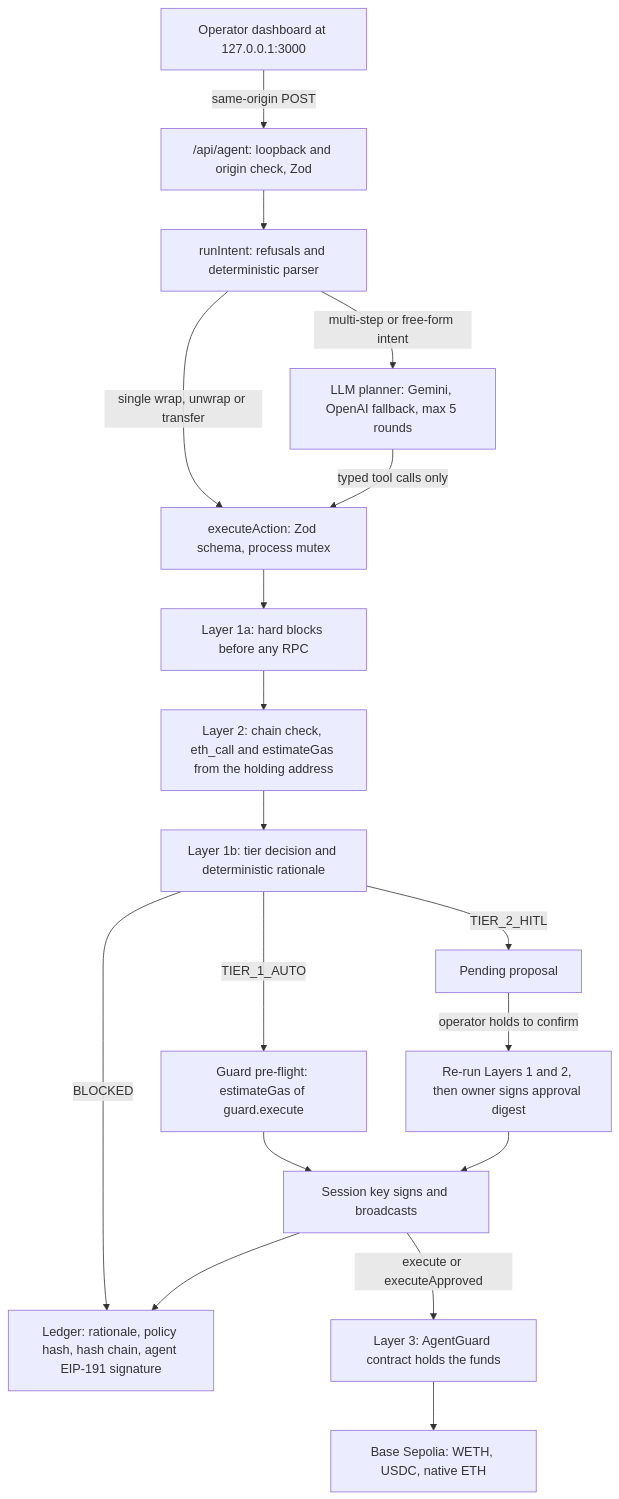
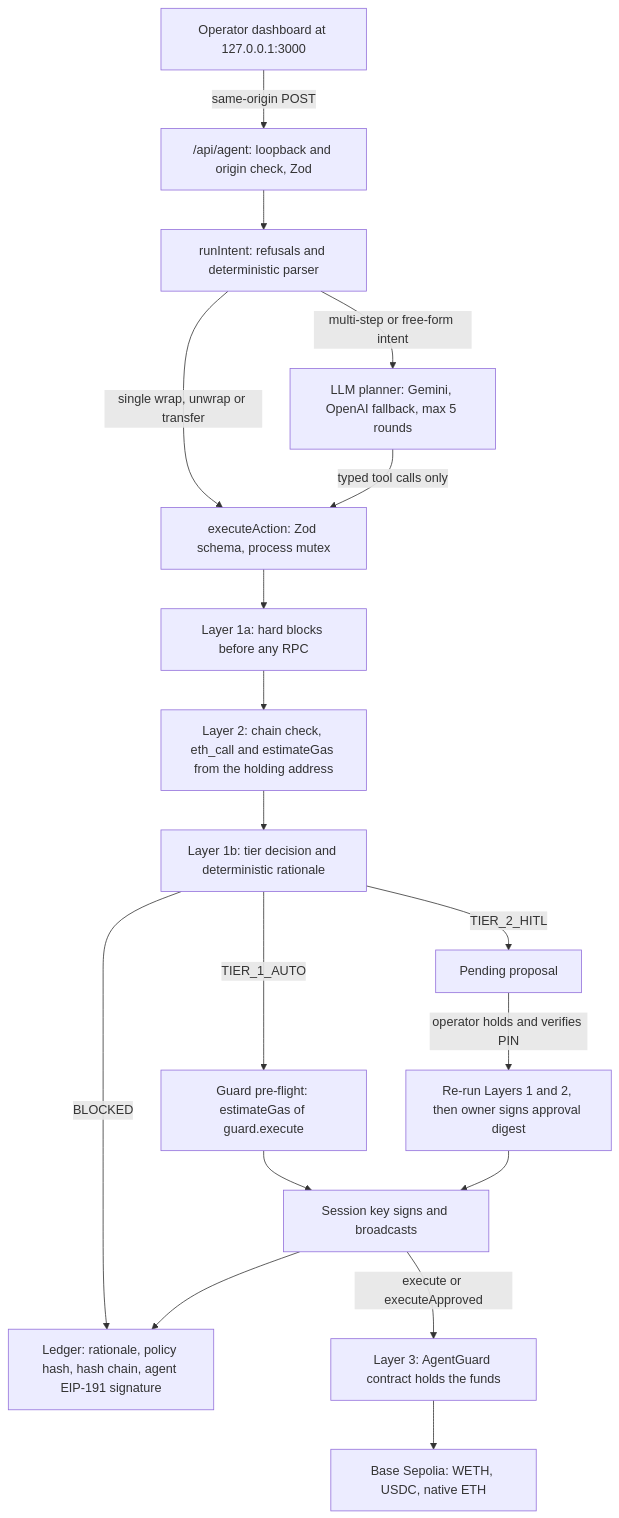
The diagram in docs/01_TECHNICAL_DOCUMENTATION.md (electr0x0/aegis-wallet), drawn with Mermaid before and after one commit. The commit also changed other lines of this file and 27 other files, not shown here.

````diff
--- a/docs/01_TECHNICAL_DOCUMENTATION.md
+++ b/docs/01_TECHNICAL_DOCUMENTATION.md
@@ -34,20 +54,20 @@
 ```mermaid
 flowchart TD
   OP["Operator dashboard at 127.0.0.1:3000"] -->|same-origin POST| API["/api/agent: loopback and origin check, Zod"]
   API --> RI["runIntent: refusals and deterministic parser"]
   RI -->|multi-step or free-form intent| PL["LLM planner: Gemini, OpenAI fallback, max 5 rounds"]
   RI -->|single wrap, unwrap or transfer| EX
   PL -->|typed tool calls only| EX["executeAction: Zod schema, process mutex"]
   EX --> HB["Layer 1a: hard blocks before any RPC"]
   HB --> SIM["Layer 2: chain check, eth_call and estimateGas from the holding address"]
   SIM --> TIER["Layer 1b: tier decision and deterministic rationale"]
   TIER -->|BLOCKED| LED
   TIER -->|TIER_2_HITL| PQ["Pending proposal"]
-  PQ -->|operator holds to confirm| APR["Re-run Layers 1 and 2, then owner signs approval digest"]
+  PQ -->|operator holds and verifies PIN| APR["Re-run Layers 1 and 2, then owner signs approval digest"]
   TIER -->|TIER_1_AUTO| GPF["Guard pre-flight: estimateGas of guard.execute"]
   GPF --> TX["Session key signs and broadcasts"]
   APR --> TX
   TX -->|execute or executeApproved| AG["Layer 3: AgentGuard contract holds the funds"]
   AG --> CH["Base Sepolia: WETH, USDC, native ETH"]
   TX --> LED["Ledger: rationale, policy hash, hash chain, agent EIP-191 signature"]
 ```
````
